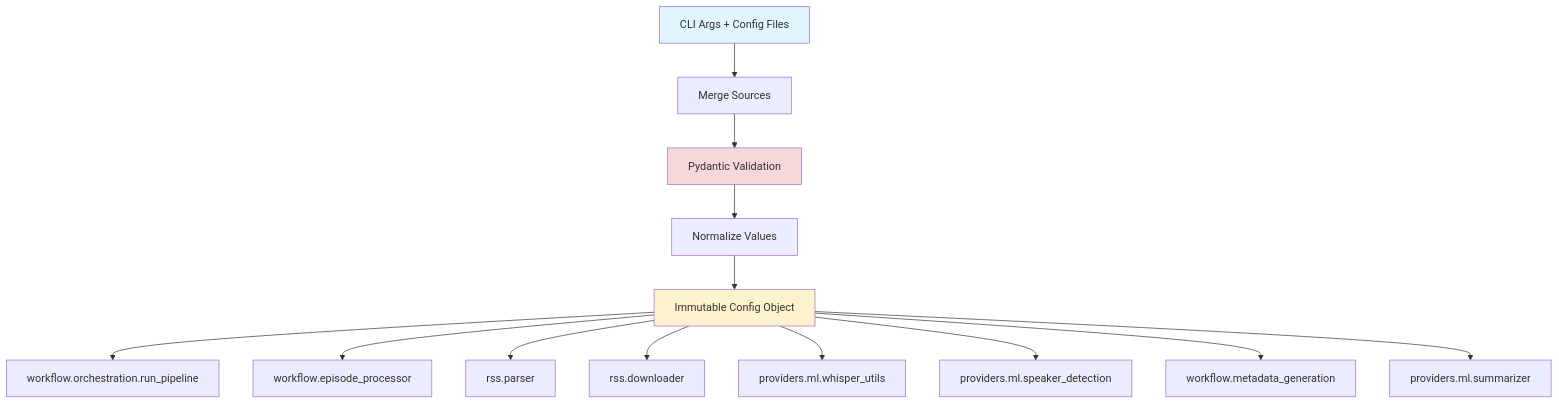
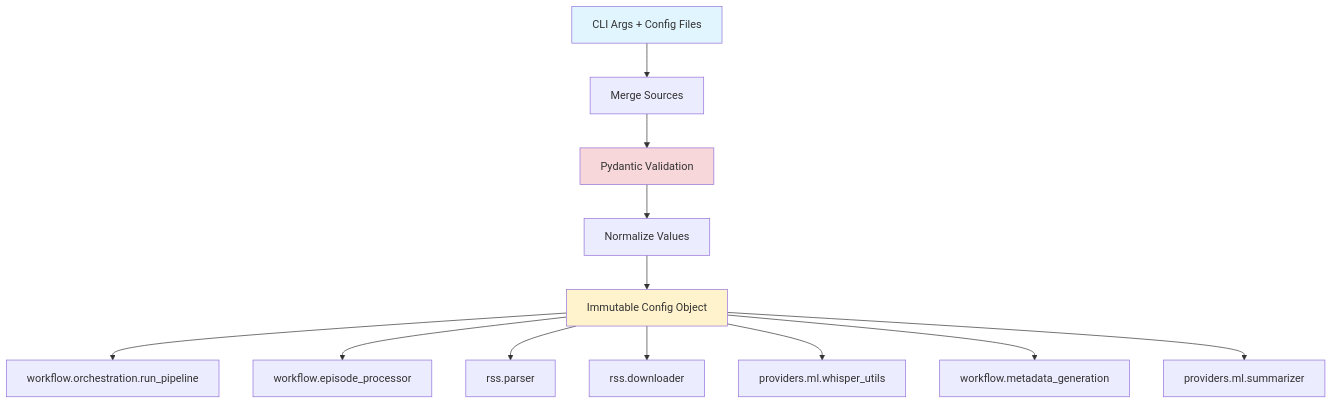
The second of 3 diagrams in docs/architecture/ARCHITECTURE.md (chipi/podcast_scraper), drawn with Mermaid before and after one commit. The commit also changed other lines of this file and 73 other files, not shown here.

````diff
--- a/docs/architecture/ARCHITECTURE.md
+++ b/docs/architecture/ARCHITECTURE.md
@@ -924,20 +921,19 @@
 ```mermaid
 
 flowchart TD
     Input[CLI Args + Config Files] --> Merge[Merge Sources]
     Merge --> Validate[Pydantic Validation]
     Validate --> Normalize[Normalize Values]
     Normalize --> Config[Immutable Config Object]
     Config --> Workflow[workflow.orchestration.run_pipeline]
     Config --> EpisodeProc[workflow.episode_processor]
     Config --> RSSParser[rss.parser]
     Config --> Downloader[rss.downloader]
     Config --> Whisper[providers.ml.whisper_utils]
-    Config --> SpeakerDetect[providers.ml.speaker_detection]
     Config --> Metadata[workflow.metadata_generation]
     Config --> Summarizer[providers.ml.summarizer]
 
     style Input fill:#e1f5ff
     style Config fill:#fff3cd
     style Validate fill:#f8d7da
 ```
````
